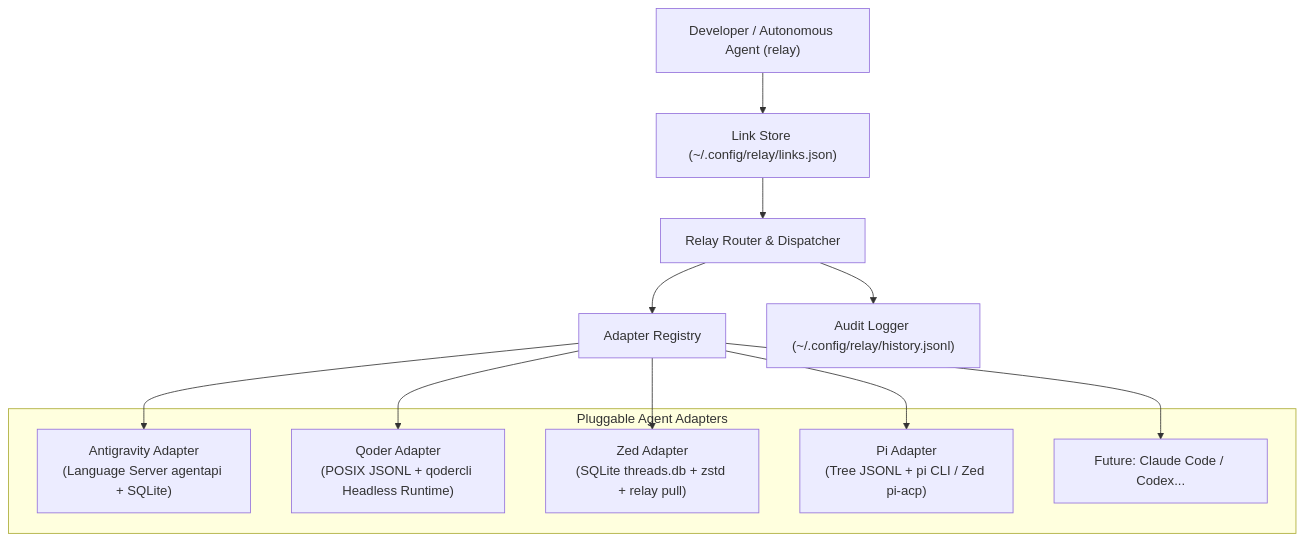
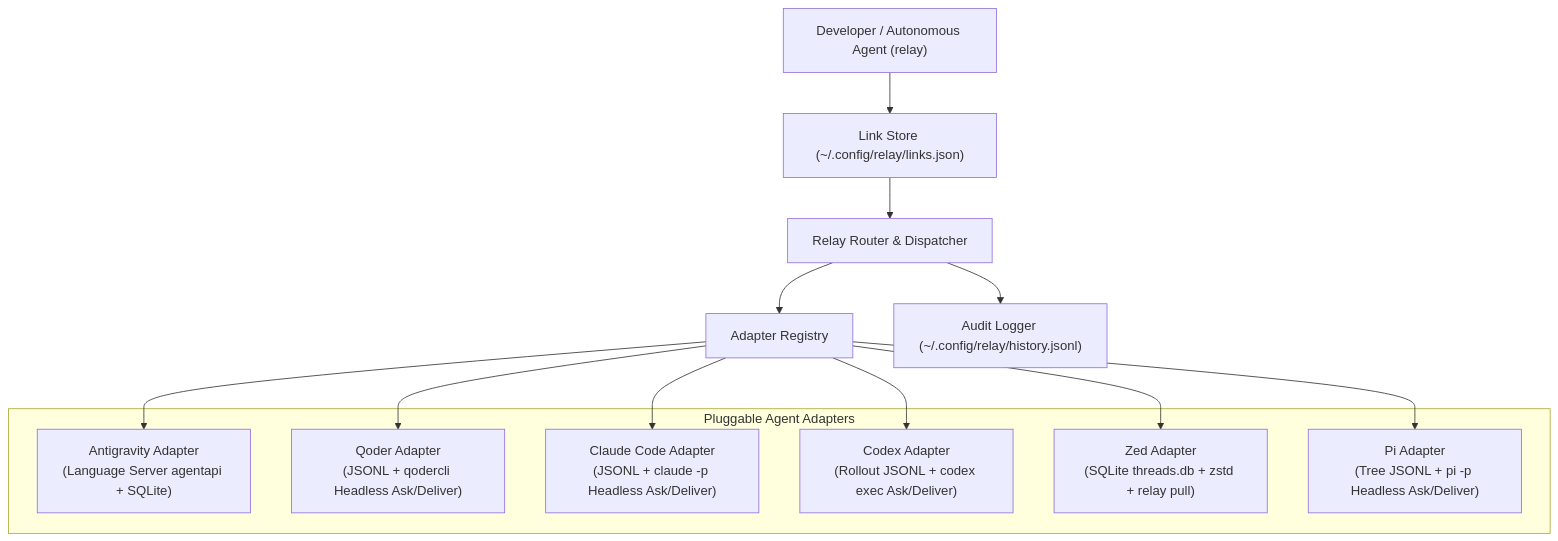
One commit to kamusis/relay changed the first of 2 diagrams in README.md. Above: the diagram before and after it, drawn with Mermaid. The commit also changed other lines of this file and 4 other files, not shown here.

````diff
--- a/README.md
+++ b/README.md
@@ -46,21 +46,23 @@
 ```mermaid
 graph TD
     User["Developer / Autonomous Agent (relay)"] --> LinkStore["Link Store (~/.config/relay/links.json)"]
     LinkStore --> Dispatcher["Relay Router & Dispatcher"]
     Dispatcher --> Registry["Adapter Registry"]
 
     subgraph Adapters ["Pluggable Agent Adapters"]
         AGY["Antigravity Adapter<br/>(Language Server agentapi + SQLite)"]
-        Qoder["Qoder Adapter<br/>(POSIX JSONL + qodercli Headless Runtime)"]
+        Qoder["Qoder Adapter<br/>(JSONL + qodercli Headless Ask/Deliver)"]
+        Claude["Claude Code Adapter<br/>(JSONL + claude -p Headless Ask/Deliver)"]
+        Codex["Codex Adapter<br/>(Rollout JSONL + codex exec Ask/Deliver)"]
         Zed["Zed Adapter<br/>(SQLite threads.db + zstd + relay pull)"]
-        Pi["Pi Adapter<br/>(Tree JSONL + pi CLI / Zed pi-acp)"]
-        Future["Future: Claude Code / Codex..."]
+        Pi["Pi Adapter<br/>(Tree JSONL + pi -p Headless Ask/Deliver)"]
     end
 
     Registry --> AGY
     Registry --> Qoder
+    Registry --> Claude
+    Registry --> Codex
     Registry --> Zed
     Registry --> Pi
-    Registry --> Future
     Dispatcher --> Hist["Audit Logger (~/.config/relay/history.jsonl)"]
 ```
````
